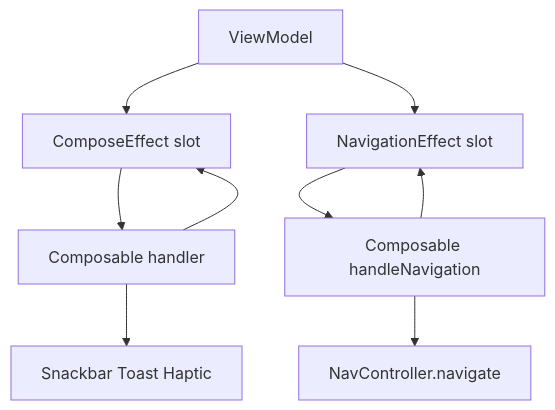
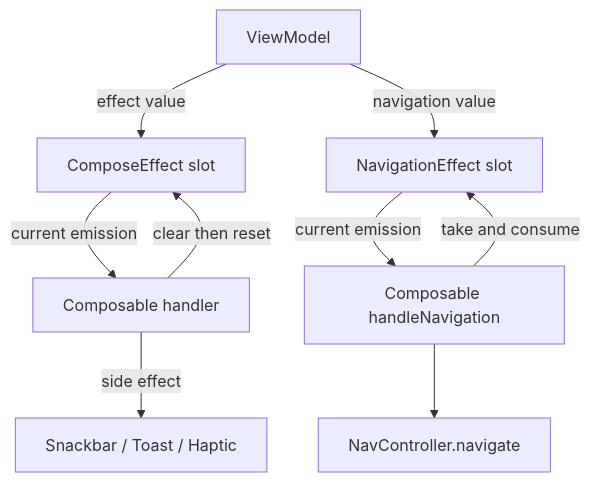
The first of 3 diagrams in _posts/2026/02/2026-02-17-viewmodel-single-event.md (kez-lab/kez-lab.github.io), drawn with Mermaid before and after one commit.

Commit message:
fix: restore visible labels in 4.1 with parser-safe flowchart syntax

````diff
--- a/_posts/2026/02/2026-02-17-viewmodel-single-event.md
+++ b/_posts/2026/02/2026-02-17-viewmodel-single-event.md
@@ -104,18 +104,18 @@
 ```mermaid
-graph TD
+flowchart TD
   VM[ViewModel]
   CE[ComposeEffect slot]
   UI1[Composable handler]
-  SIDE1[Snackbar Toast Haptic]
-  VM --> CE
-  CE --> UI1
-  UI1 --> SIDE1
-  UI1 --> CE
+  SIDE1[Snackbar / Toast / Haptic]
+  VM -->|effect value| CE
+  CE -->|current emission| UI1
+  UI1 -->|side effect| SIDE1
+  UI1 -->|clear then reset| CE
   NE[NavigationEffect slot]
   UI2[Composable handleNavigation]
   SIDE2[NavController.navigate]
-  VM --> NE
-  NE --> UI2
-  UI2 --> NE
+  VM -->|navigation value| NE
+  NE -->|current emission| UI2
+  UI2 -->|take and consume| NE
   UI2 --> SIDE2
 ```
````
